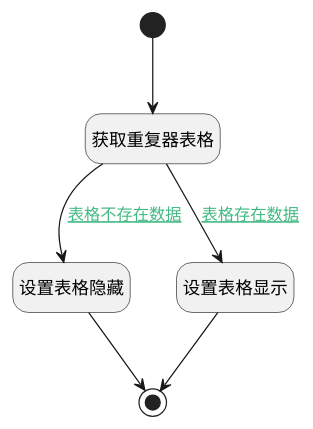
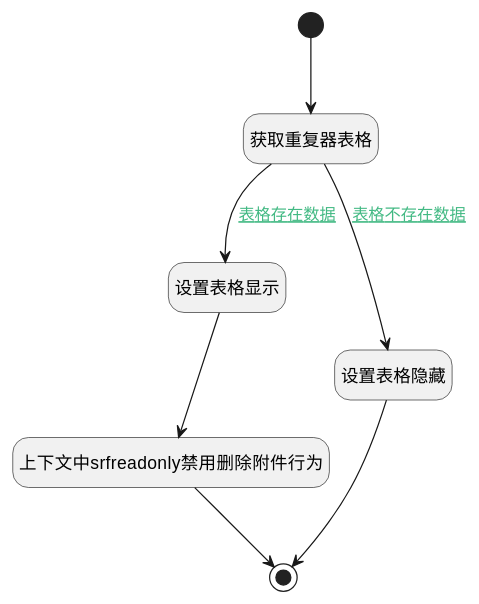
One commit to iBizLab/plm changed the diagram in doc/docsify/module/Base/attachment/uilogic/calc_attachment_hidden.md. Above: the diagram before and after it, drawn with PlantUML. The commit also changed other lines of this file and 2344 other files, not shown here.

````diff
--- a/doc/docsify/module/Base/attachment/uilogic/calc_attachment_hidden.md
+++ b/doc/docsify/module/Base/attachment/uilogic/calc_attachment_hidden.md
@@ -7,26 +7,28 @@
 ```plantuml
 @startuml
 hide footbox
 <style>
 root {
   HyperlinkColor #42b983
 }
 </style>
 
 hide empty description
 state "开始" as Begin <<start>> [[$./calc_attachment_hidden#begin {开始}]]
-state "设置表格隐藏" as PREPAREJSPARAM3  [[$./calc_attachment_hidden#preparejsparam3 {设置表格隐藏}]]
 state "获取重复器表格" as PREPAREJSPARAM1  [[$./calc_attachment_hidden#preparejsparam1 {获取重复器表格}]]
 state "设置表格显示" as PREPAREJSPARAM2  [[$./calc_attachment_hidden#preparejsparam2 {设置表格显示}]]
 state "结束" as END1 <<end>> [[$./calc_attachment_hidden#end1 {结束}]]
+state "设置表格隐藏" as PREPAREJSPARAM3  [[$./calc_attachment_hidden#preparejsparam3 {设置表格隐藏}]]
+state "上下文中srfreadonly禁用删除附件行为" as RAWJSCODE1  [[$./calc_attachment_hidden#rawjscode1 {上下文中srfreadonly禁用删除附件行为}]]
 
 
 Begin --> PREPAREJSPARAM1
 PREPAREJSPARAM1 --> PREPAREJSPARAM2 : [[$./calc_attachment_hidden#preparejsparam1-preparejsparam2{表格存在数据} 表格存在数据]]
-PREPAREJSPARAM2 --> END1
+PREPAREJSPARAM2 --> RAWJSCODE1
+RAWJSCODE1 --> END1
 PREPAREJSPARAM1 --> PREPAREJSPARAM3 : [[$./calc_attachment_hidden#preparejsparam1-preparejsparam3{表格不存在数据} 表格不存在数据]]
 PREPAREJSPARAM3 --> END1
 
 
 @enduml
 ```
````
